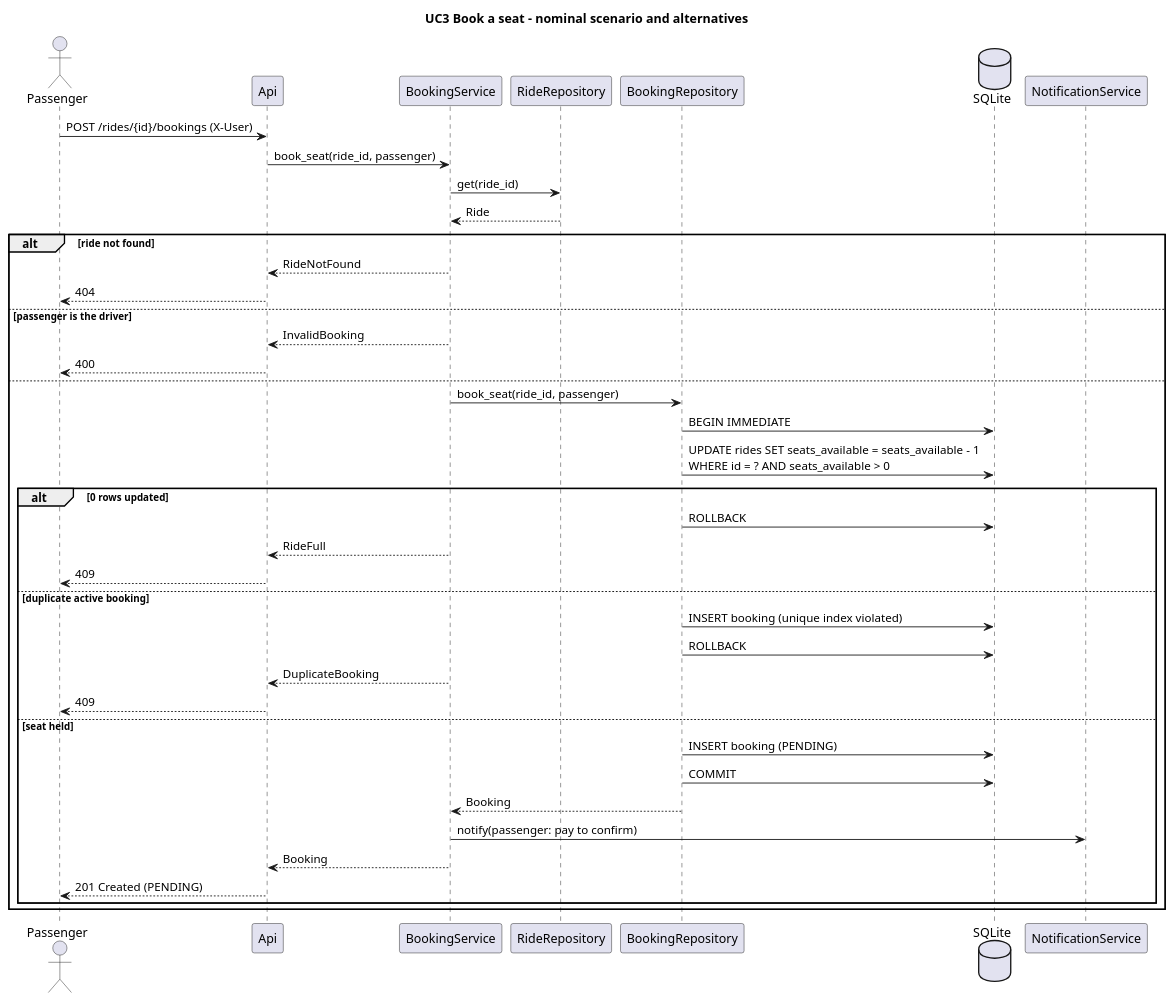
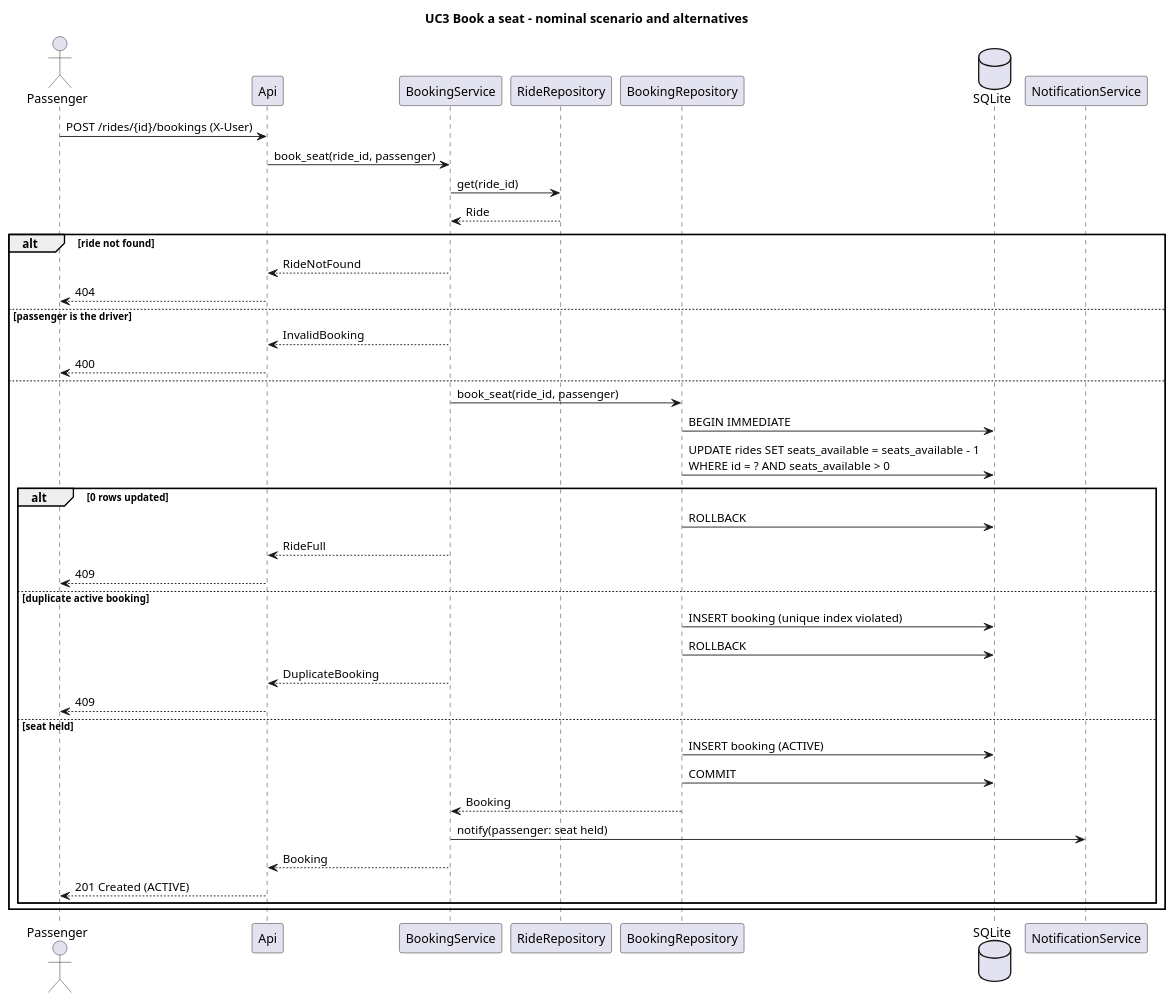
Before and after one commit to alaa-ilehi/Wasalni: the diagram in docs/uml/uc3-sequence.puml, drawn with PlantUML. The commit also changed 9 other files, not shown here.

First line of the commit message:
refactor: drop retired payment flow, single ACTIVE booking state

```diff
--- a/docs/uml/uc3-sequence.puml
+++ b/docs/uml/uc3-sequence.puml
@@ -1,43 +1,43 @@
 @startuml
 title UC3 Book a seat - nominal scenario and alternatives
 actor Passenger
 participant Api
 participant BookingService
 participant RideRepository
 participant BookingRepository
 database SQLite
 participant NotificationService
 
 Passenger -> Api : POST /rides/{id}/bookings (X-User)
 Api -> BookingService : book_seat(ride_id, passenger)
 BookingService -> RideRepository : get(ride_id)
 RideRepository --> BookingService : Ride
 alt ride not found
   BookingService --> Api : RideNotFound
   Api --> Passenger : 404
 else passenger is the driver
   BookingService --> Api : InvalidBooking
   Api --> Passenger : 400
 else
   BookingService -> BookingRepository : book_seat(ride_id, passenger)
   BookingRepository -> SQLite : BEGIN IMMEDIATE
   BookingRepository -> SQLite : UPDATE rides SET seats_available = seats_available - 1\nWHERE id = ? AND seats_available > 0
   alt 0 rows updated
     BookingRepository -> SQLite : ROLLBACK
     BookingService --> Api : RideFull
     Api --> Passenger : 409
   else duplicate active booking
     BookingRepository -> SQLite : INSERT booking (unique index violated)
     BookingRepository -> SQLite : ROLLBACK
     BookingService --> Api : DuplicateBooking
     Api --> Passenger : 409
   else seat held
-    BookingRepository -> SQLite : INSERT booking (PENDING)
+    BookingRepository -> SQLite : INSERT booking (ACTIVE)
     BookingRepository -> SQLite : COMMIT
     BookingRepository --> BookingService : Booking
-    BookingService -> NotificationService : notify(passenger: pay to confirm)
+    BookingService -> NotificationService : notify(passenger: seat held)
     BookingService --> Api : Booking
-    Api --> Passenger : 201 Created (PENDING)
+    Api --> Passenger : 201 Created (ACTIVE)
   end
 end
 @enduml
```
